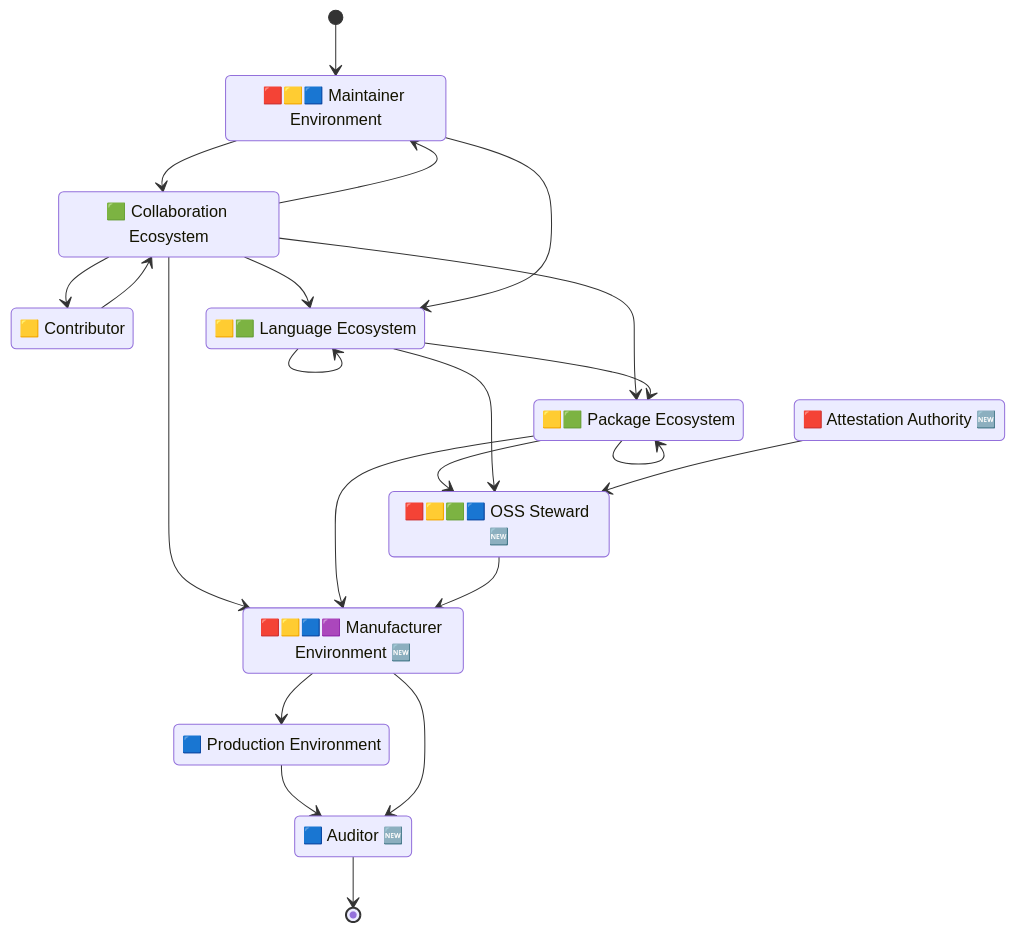
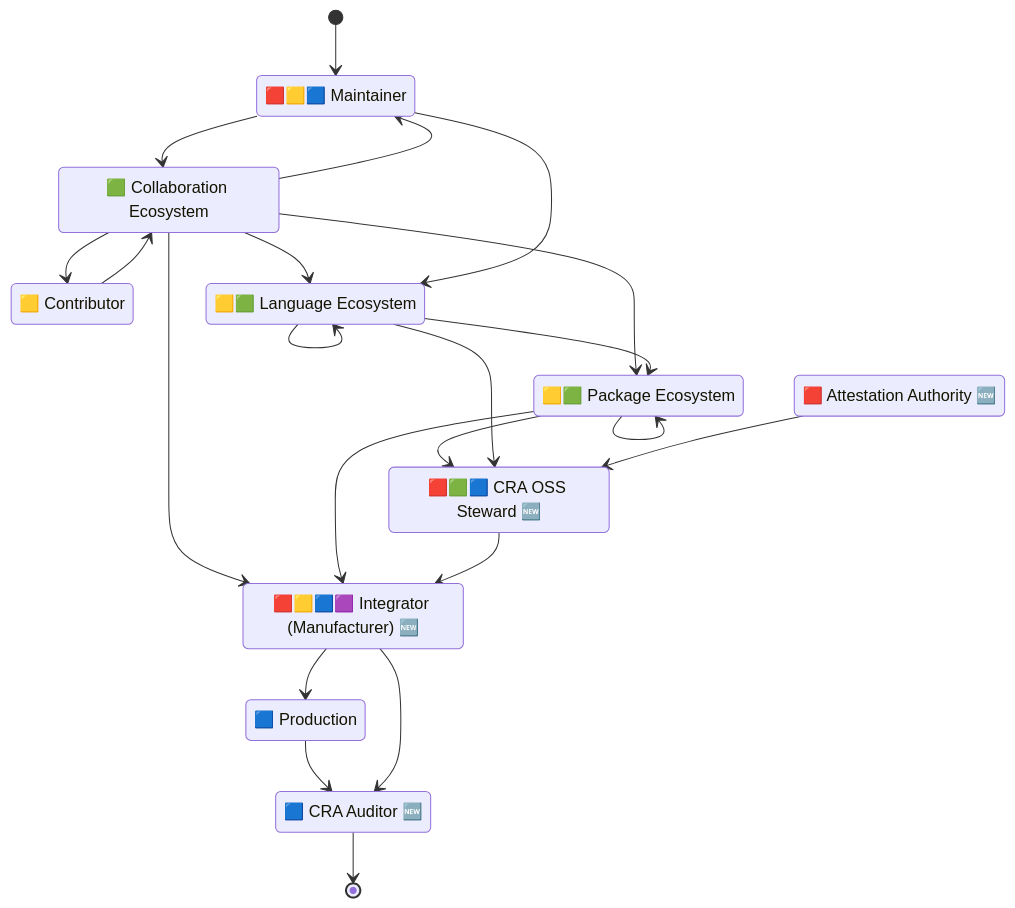
Before and after one commit to CPAN-Security/security.metacpan.org: the second of 3 diagrams in docs/supplychain-sbom.md, drawn with Mermaid. The commit also changed other lines of this file, not shown here.

Commit message:
More graph and text simplifacions in the introductory/TLDR bits

````diff
--- a/docs/supplychain-sbom.md
+++ b/docs/supplychain-sbom.md
@@ -136,51 +130,45 @@
 ```mermaid
 stateDiagram-v2
     direction TB
 
-    state "🟥🟨🟦 Maintainer Environment" as environment_maintainer
+    state "🟥🟨🟦 Maintainer" as environment_maintainer
     state "🟨 Contributor" as environment_contributor
     state "🟩 Collaboration Ecosystem" as ecosystem_repo
     state "🟨🟩 Language Ecosystem" as ecosystem_lang
     state "🟨🟩 Package Ecosystem" as ecosystem_package
     state "🟥 Attestation Authority 🆕" as authority_attestation
-    state "🟥🟨🟩🟦 OSS Steward 🆕" as ecosystem_steward
+    state "🟥🟩🟦 CRA OSS Steward 🆕" as ecosystem_steward
     %%state "🟩 Delivery Network" as network_distributor
-    %%state "🟥🟨 Integrator Environment" as environment_integrator
-    state "🟥🟨🟦🟪 Manufacturer Environment 🆕" as environment_manufacturer
-    state "🟦 Production Environment" as environment_prod
-    state "🟦 Auditor 🆕" as authority_auditor
+    state "🟥🟨🟦🟪 Integrator (Manufacturer) 🆕" as environment_manufacturer
+    state "🟦 Production" as environment_prod
+    state "🟦 CRA Auditor 🆕" as authority_auditor
 
     [*]                      --> environment_maintainer
     ecosystem_repo           --> environment_maintainer
     ecosystem_repo           --> environment_contributor
     ecosystem_repo           --> ecosystem_package
     ecosystem_repo           --> ecosystem_lang
     ecosystem_repo           --> environment_manufacturer
     environment_maintainer   --> ecosystem_repo
     environment_maintainer   --> ecosystem_lang
     environment_contributor  --> ecosystem_repo
     ecosystem_lang           --> ecosystem_lang
     %%environment_maintainer   --> network_distributor
     %%ecosystem_lang           --> network_distributor
     %%ecosystem_package        --> network_distributor
     ecosystem_lang           --> ecosystem_package
     ecosystem_package        --> ecosystem_package
     ecosystem_package        --> ecosystem_steward
     ecosystem_lang           --> ecosystem_steward
     authority_attestation    --> ecosystem_steward
-    %%ecosystem_repo           --> environment_integrator
-    %%ecosystem_lang           --> environment_integrator
-    %%network_distributor      --> environment_integrator
-    %%ecosystem_package        --> environment_integrator
     %%network_distributor      --> environment_manufacturer
     ecosystem_package        --> environment_manufacturer
     ecosystem_steward        --> environment_manufacturer
-    %%environment_integrator   --> environment_prod
     environment_manufacturer --> environment_prod
     environment_prod         --> authority_auditor
     environment_manufacturer --> authority_auditor
     authority_auditor        --> [*]
 
     %% Copyright © 2024 Salve J. Nilsen <sjn@oslo.pm>
     %% Some rights reserved. Licensed CC-BY-SA-4.0
 ```
````
